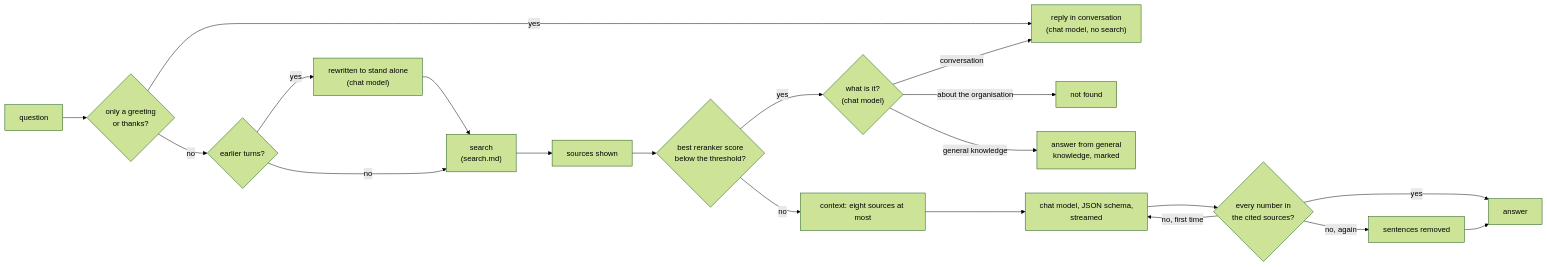
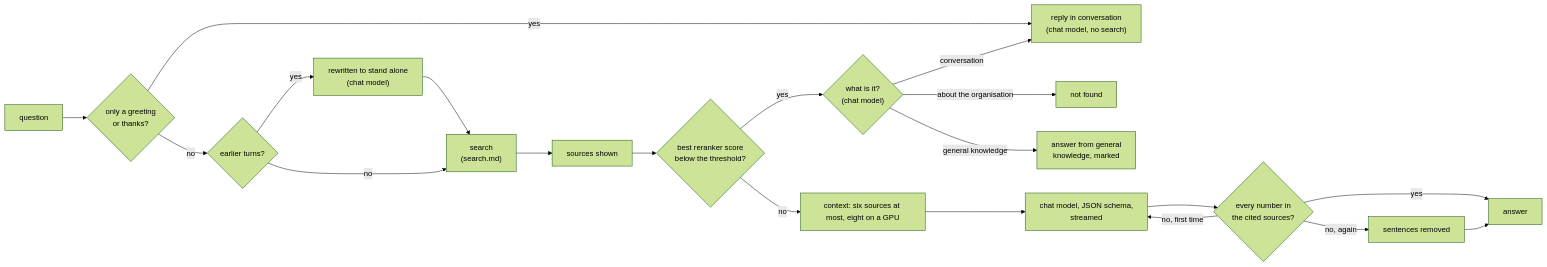
Before and after one commit to FurkanKocatas/Synapse: the diagram in docs/design/answers.md, drawn with Mermaid (forest theme). The commit also changed other lines of this file and 9 other files, not shown here.

First line of the commit message:
answers: eight sources only with the model on a GPU

````diff
--- a/docs/design/answers.md
+++ b/docs/design/answers.md
@@ -14,19 +14,19 @@
 ```mermaid
 flowchart LR
     Q[question] --> K{"only a greeting<br/>or thanks?"}
     K -- yes --> CV["reply in conversation<br/>(chat model, no search)"]
     K -- no --> W{"earlier turns?"}
     W -- yes --> R["rewritten to stand alone<br/>(chat model)"] --> S
     W -- no --> S["search<br/>(search.md)"]
     S --> P["sources shown"]
     P --> T{"best reranker score<br/>below the threshold?"}
     T -- yes --> J{"what is it?<br/>(chat model)"}
     J -- "about the organisation" --> N["not found"]
     J -- "conversation" --> CV
     J -- "general knowledge" --> GK["answer from general<br/>knowledge, marked"]
-    T -- no --> C["context: eight sources at most"] --> G["chat model, JSON schema,<br/>streamed"]
+    T -- no --> C["context: six sources at most, eight on a GPU"] --> G["chat model, JSON schema,<br/>streamed"]
     G --> V{"every number in<br/>the cited sources?"}
     V -- yes --> A[answer]
     V -- no, first time --> G
     V -- no, again --> X["sentences removed"] --> A
 ```
````
